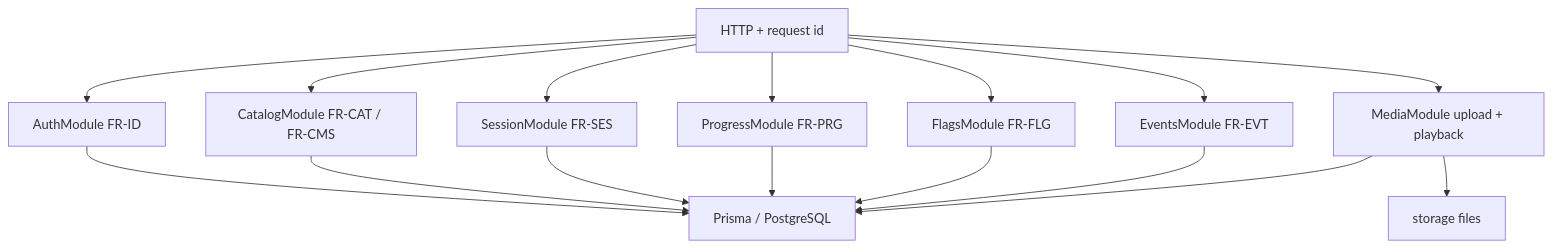
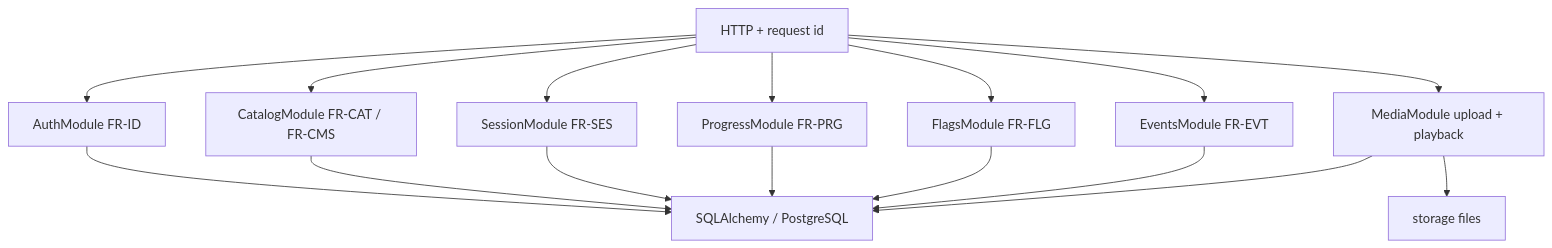
One commit to quyendolearndata/JPLearn changed the third of 8 diagrams in docs/sad/03-design/diagrams.md. Above: the diagram before and after it, drawn with Mermaid. The commit also changed other lines of this file and 167 other files, not shown here.

````diff
--- a/docs/sad/03-design/diagrams.md
+++ b/docs/sad/03-design/diagrams.md
@@ -43,19 +43,19 @@
 ```mermaid
 flowchart TB
   HTTP[HTTP + request id]
   HTTP --> Auth[AuthModule FR-ID]
   HTTP --> Catalog[CatalogModule FR-CAT / FR-CMS]
   HTTP --> Session[SessionModule FR-SES]
   HTTP --> Progress[ProgressModule FR-PRG]
   HTTP --> Flags[FlagsModule FR-FLG]
   HTTP --> Events[EventsModule FR-EVT]
   HTTP --> Media[MediaModule upload + playback]
-  Auth --> Prisma[Prisma / PostgreSQL]
-  Catalog --> Prisma
-  Session --> Prisma
-  Progress --> Prisma
-  Flags --> Prisma
-  Events --> Prisma
-  Media --> Prisma
+  Auth --> SQLA[SQLAlchemy / PostgreSQL]
+  Catalog --> SQLA
+  Session --> SQLA
+  Progress --> SQLA
+  Flags --> SQLA
+  Events --> SQLA
+  Media --> SQLA
   Media --> Disk[storage files]
 ```
````
